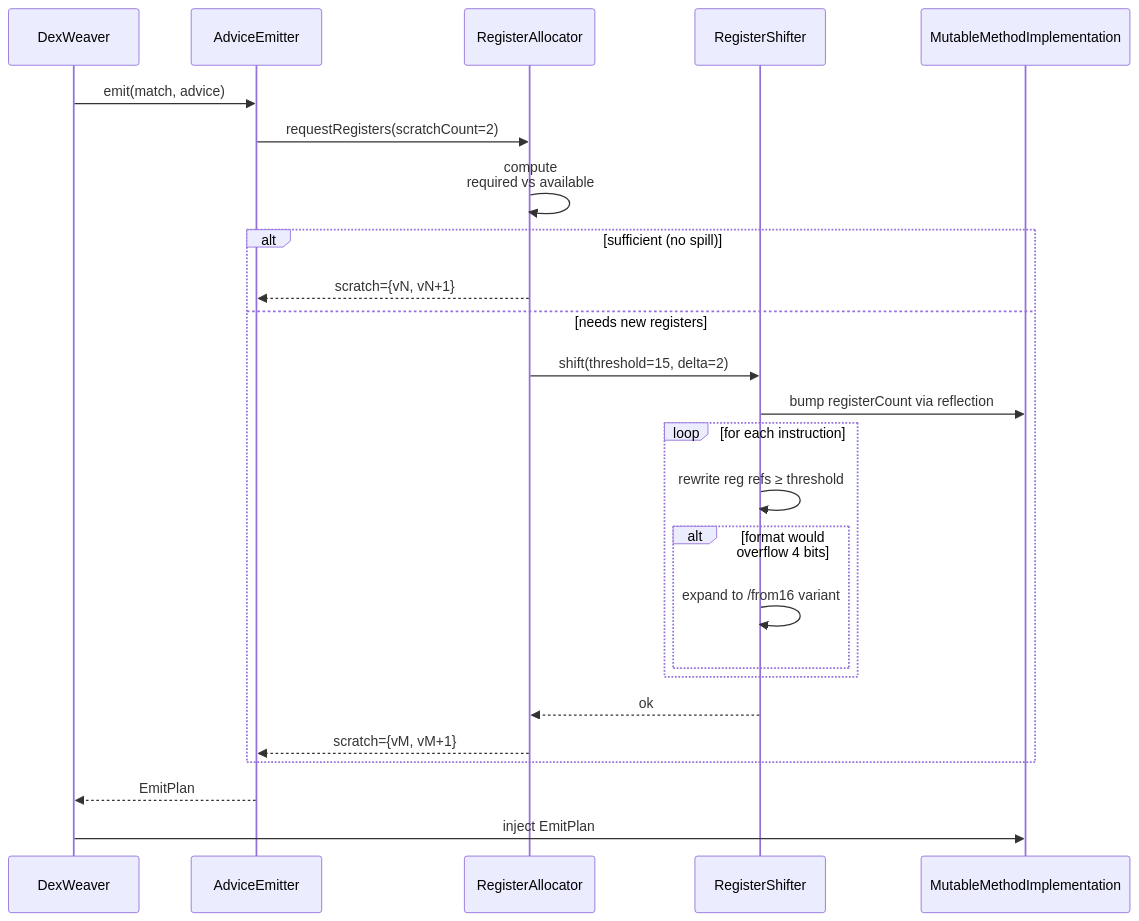
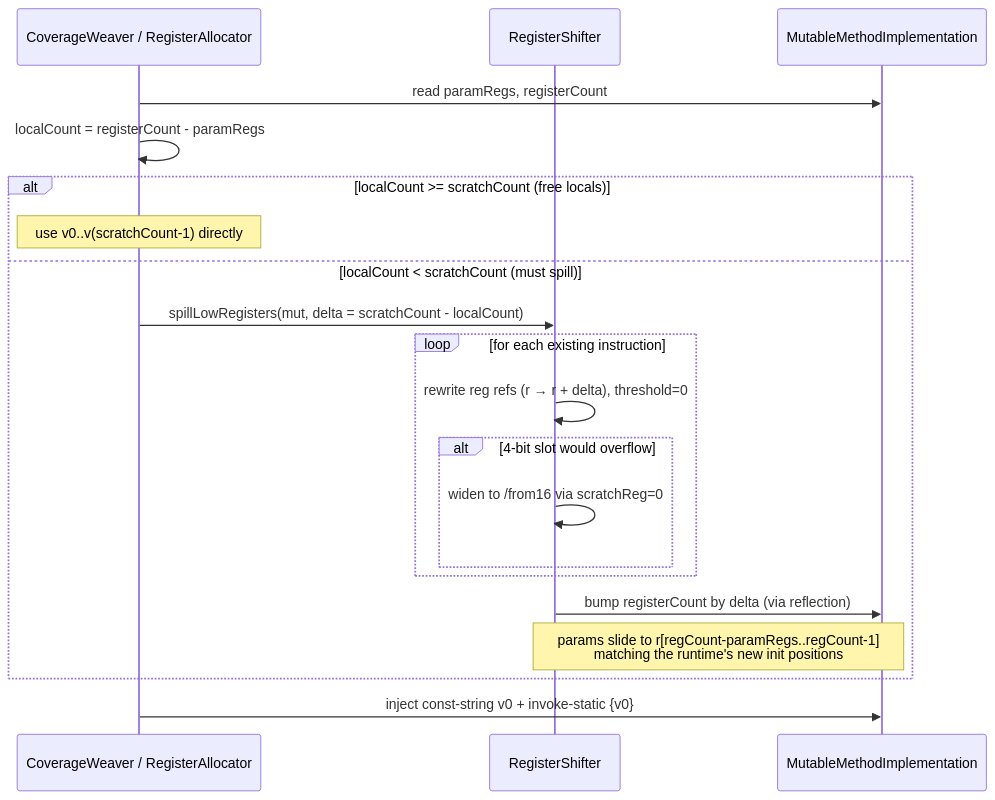
The fifth of 6 diagrams in rv-android/openspec/changes/gh52-instr-dexlib2/design.md (PAMunb/rvsec), drawn with Mermaid before and after one commit. The commit also changed other lines of this file and 7 other files, not shown here.

````diff
--- a/rv-android/openspec/changes/gh52-instr-dexlib2/design.md
+++ b/rv-android/openspec/changes/gh52-instr-dexlib2/design.md
@@ -450,28 +479,23 @@
 ```mermaid
 sequenceDiagram
-    participant DM as DexWeaver
-    participant AE as AdviceEmitter
-    participant RA as RegisterAllocator
+    participant CW as CoverageWeaver / RegisterAllocator
     participant RS as RegisterShifter
     participant MMI as MutableMethodImplementation
 
-    DM->>AE: emit(match, advice)
-    AE->>RA: requestRegisters(scratchCount=2)
-    RA->>RA: compute<br/>required vs available
-    alt sufficient (no spill)
-        RA-->>AE: scratch={vN, vN+1}
-    else needs new registers
-        RA->>RS: shift(threshold=15, delta=2)
-        RS->>MMI: bump registerCount via reflection
-        loop for each instruction
-            RS->>RS: rewrite reg refs ≥ threshold
-            alt format would overflow 4 bits
-                RS->>RS: expand to /from16 variant
+    CW->>MMI: read paramRegs, registerCount
+    CW->>CW: localCount = registerCount - paramRegs
+    alt localCount >= scratchCount (free locals)
+        Note over CW: use v0..v(scratchCount-1) directly
+    else localCount < scratchCount (must spill)
+        CW->>RS: spillLowRegisters(mut, delta = scratchCount - localCount)
+        loop for each existing instruction
+            RS->>RS: rewrite reg refs (r → r + delta), threshold=0
+            alt 4-bit slot would overflow
+                RS->>RS: widen to /from16 via scratchReg=0
             end
         end
-        RS-->>RA: ok
-        RA-->>AE: scratch={vM, vM+1}
+        RS->>MMI: bump registerCount by delta (via reflection)
+        Note over RS,MMI: params slide to r[regCount-paramRegs..regCount-1]<br/>matching the runtime's new init positions
     end
-    AE-->>DM: EmitPlan
-    DM->>MMI: inject EmitPlan
+    CW->>MMI: inject const-string v0 + invoke-static {v0}
 ```
````
